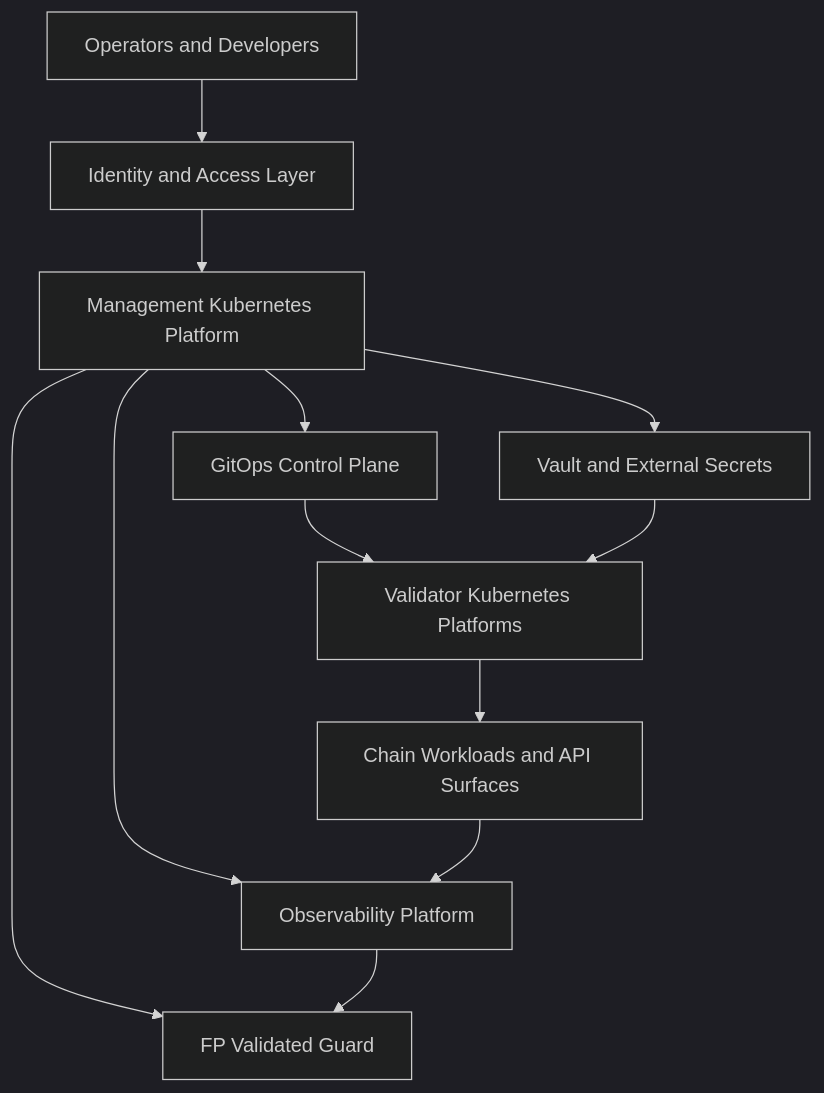
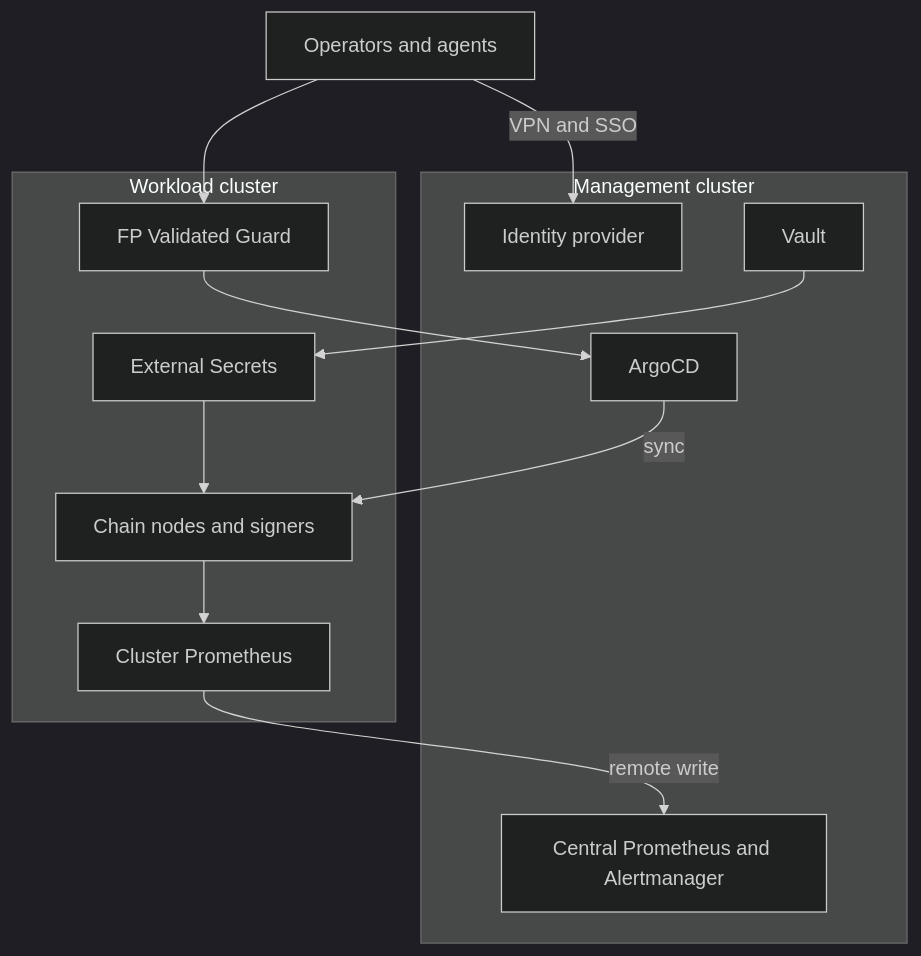
One commit to FP-Validated/fp-validated-docs changed the diagram in website/docs/fp-validated-infra/overview.md. Above: the diagram before and after it, drawn with Mermaid (dark theme). The commit also changed other lines of this file and 21 other files, not shown here.

First line of the commit message:
Bring infrastructure and chain architecture docs up to date

````diff
--- a/website/docs/fp-validated-infra/overview.md
+++ b/website/docs/fp-validated-infra/overview.md
@@ -11,24 +11,27 @@
 ```mermaid
 flowchart TB
-  users[Operators and Developers]
-  mgmt[Management Kubernetes Platform]
-  access[Identity and Access Layer]
-  gitops[GitOps Control Plane]
-  secrets[Vault and External Secrets]
-  obs[Observability Platform]
-  guard[FP Validated Guard]
-  chains[Validator Kubernetes Platforms]
-  workloads[Chain Workloads and API Surfaces]
+  ops[Operators and agents]
 
-  users --> access
-  access --> mgmt
-  mgmt --> gitops
-  mgmt --> secrets
-  mgmt --> obs
-  mgmt --> guard
-  gitops --> chains
-  secrets --> chains
-  obs --> guard
-  chains --> workloads
-  workloads --> obs
+  subgraph mgmt[Management cluster]
+    idp[Identity provider]
+    argo[ArgoCD]
+    vault[Vault]
+    prom[Central Prometheus and Alertmanager]
+  end
+
+  subgraph work[Workload cluster]
+    guard[FP Validated Guard]
+    eso[External Secrets]
+    chains[Chain nodes and signers]
+    cprom[Cluster Prometheus]
+  end
+
+  ops -- VPN and SSO --> idp
+  ops --> guard
+  guard --> argo
+  argo -- sync --> chains
+  vault --> eso
+  eso --> chains
+  chains --> cprom
+  cprom -- remote write --> prom
 ```
````
